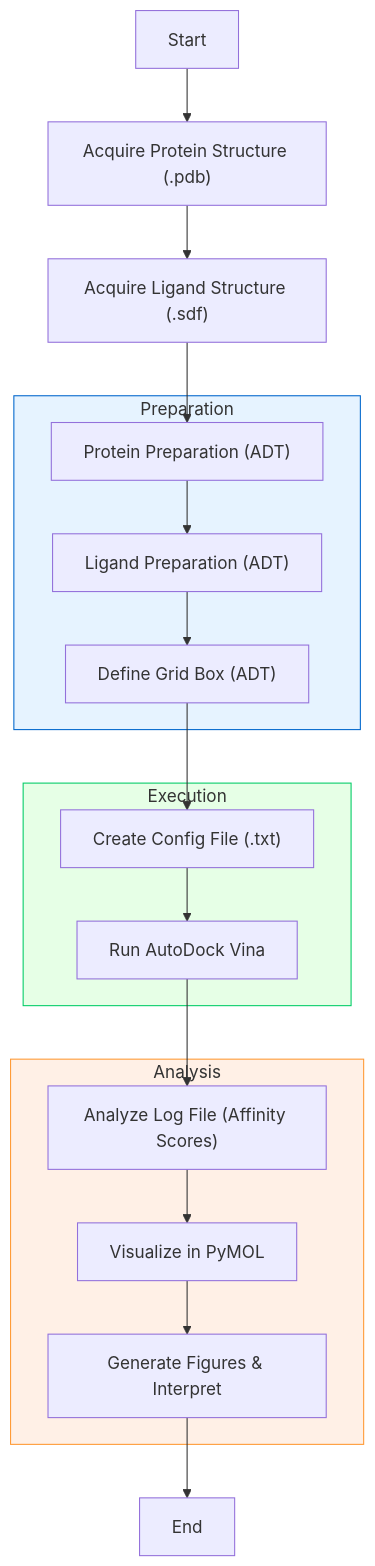
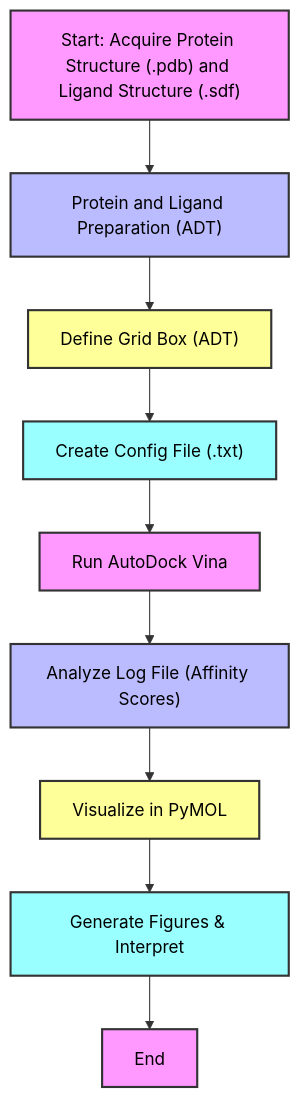
One commit to Khaled-H-Mousa/Docking-Analysis changed the diagram in README.md. Above: the diagram before and after it, drawn with Mermaid.

Commit message:
README.md

````diff
--- a/README.md
+++ b/README.md
@@ -45,28 +45,22 @@
 ```mermaid
-graph TD
-    A[Start] --> B["Acquire Protein Structure (.pdb)"]
-    B --> C["Acquire Ligand Structure (.sdf)"]
-    C --> D["Protein Preparation (ADT)"]
-    D --> E["Ligand Preparation (ADT)"]
-    E --> F["Define Grid Box (ADT)"]
+graph
+    A["Start: Acquire Protein Structure (.pdb) and Ligand Structure (.sdf)"] --> D["Protein and Ligand Preparation (ADT)"]
+    D --> F["Define Grid Box (ADT)"]
     F --> G["Create Config File (.txt)"]
     G --> H["Run AutoDock Vina"]
     H --> I["Analyze Log File (Affinity Scores)"]
     I --> J["Visualize in PyMOL"]
     J --> K["Generate Figures & Interpret"]
     K --> L[End]
 
-    subgraph Preparation
-        D; E; F;
-    end
-    subgraph Execution
-        G; H;
-    end
-    subgraph Analysis
-        I; J; K;
-    end
-
-    style Preparation fill:#e6f3ff,stroke:#0066cc
-    style Execution fill:#e6ffe6,stroke:#00cc66
-    style Analysis fill:#fff0e6,stroke:#ff9933
+    %% Your original color palette applied logically
+    style A fill:#f9f,stroke:#333,stroke-width:2px,color:#000
+    style D fill:#bbf,stroke:#333,stroke-width:2px,color:#000
+    style F fill:#ff9,stroke:#333,stroke-width:2px,color:#000
+    style G fill:#9ff,stroke:#333,stroke-width:2px,color:#000
+    style H fill:#f9f,stroke:#333,stroke-width:2px,color:#000
+    style I fill:#bbf,stroke:#333,stroke-width:2px,color:#000
+    style J fill:#ff9,stroke:#333,stroke-width:2px,color:#000
+    style K fill:#9ff,stroke:#333,stroke-width:2px,color:#000
+    style L fill:#f9f,stroke:#333,stroke-width:2px,color:#000
 ```
````
